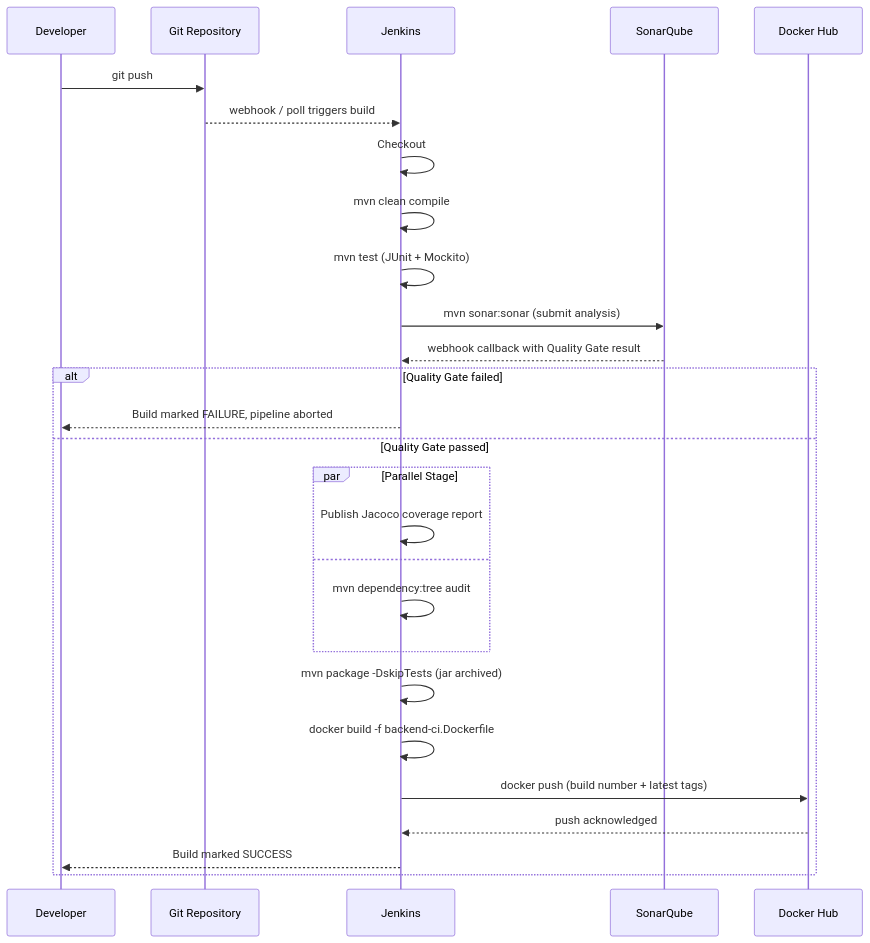
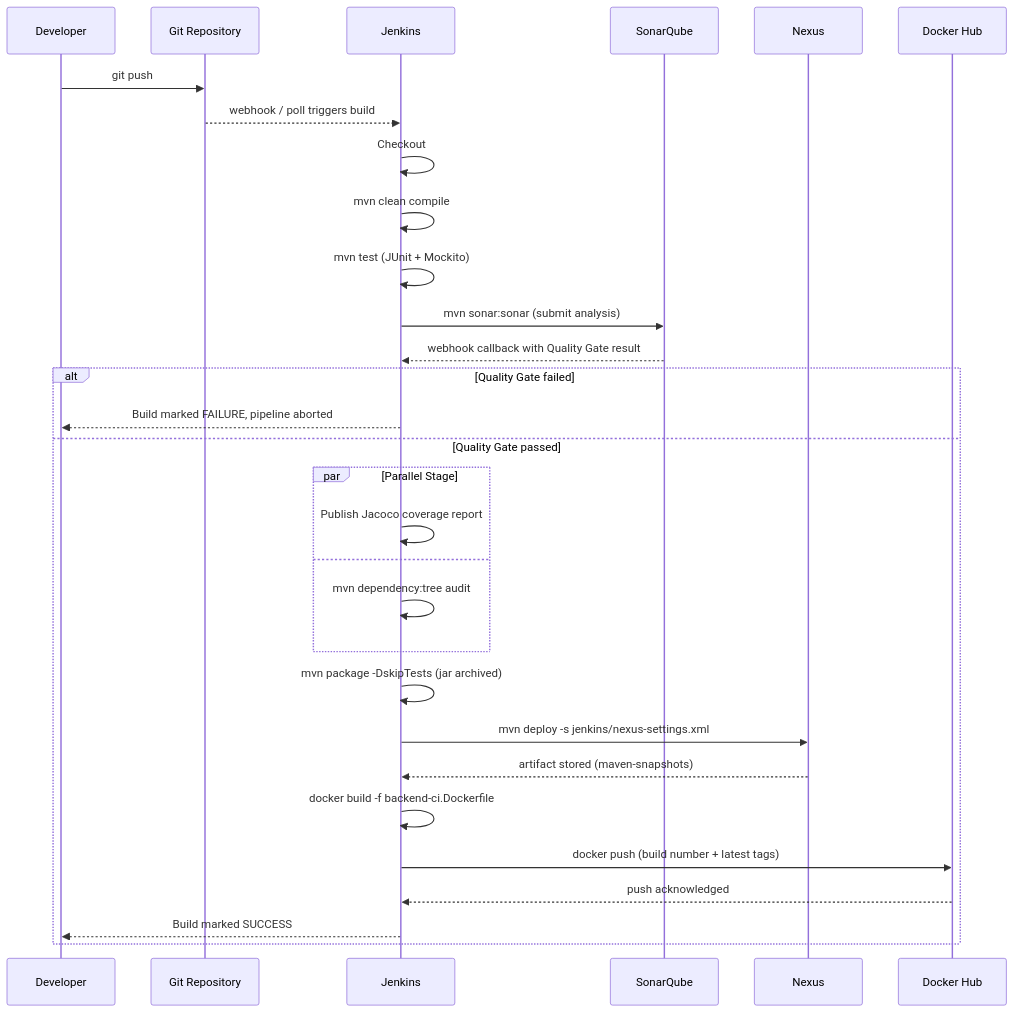
The second of 2 diagrams in architecture/pipeline-diagram.md (srikanth78933/Enterprise-DevOps-Learning-Platform), drawn with Mermaid before and after one commit. The commit also changed other lines of this file and 7 other files, not shown here.

````diff
--- a/architecture/pipeline-diagram.md
+++ b/architecture/pipeline-diagram.md
@@ -27,30 +28,33 @@
 ```mermaid
 sequenceDiagram
     participant Dev as Developer
     participant GH as Git Repository
     participant J as Jenkins
     participant SQ as SonarQube
+    participant NX as Nexus
     participant DH as Docker Hub
 
     Dev->>GH: git push
     GH-->>J: webhook / poll triggers build
     J->>J: Checkout
     J->>J: mvn clean compile
     J->>J: mvn test (JUnit + Mockito)
     J->>SQ: mvn sonar:sonar (submit analysis)
     SQ-->>J: webhook callback with Quality Gate result
     alt Quality Gate failed
         J-->>Dev: Build marked FAILURE, pipeline aborted
     else Quality Gate passed
         par Parallel Stage
             J->>J: Publish Jacoco coverage report
         and
             J->>J: mvn dependency:tree audit
         end
         J->>J: mvn package -DskipTests (jar archived)
+        J->>NX: mvn deploy -s jenkins/nexus-settings.xml
+        NX-->>J: artifact stored (maven-snapshots)
         J->>J: docker build -f backend-ci.Dockerfile
         J->>DH: docker push (build number + latest tags)
         DH-->>J: push acknowledged
         J-->>Dev: Build marked SUCCESS
     end
 ```
````
